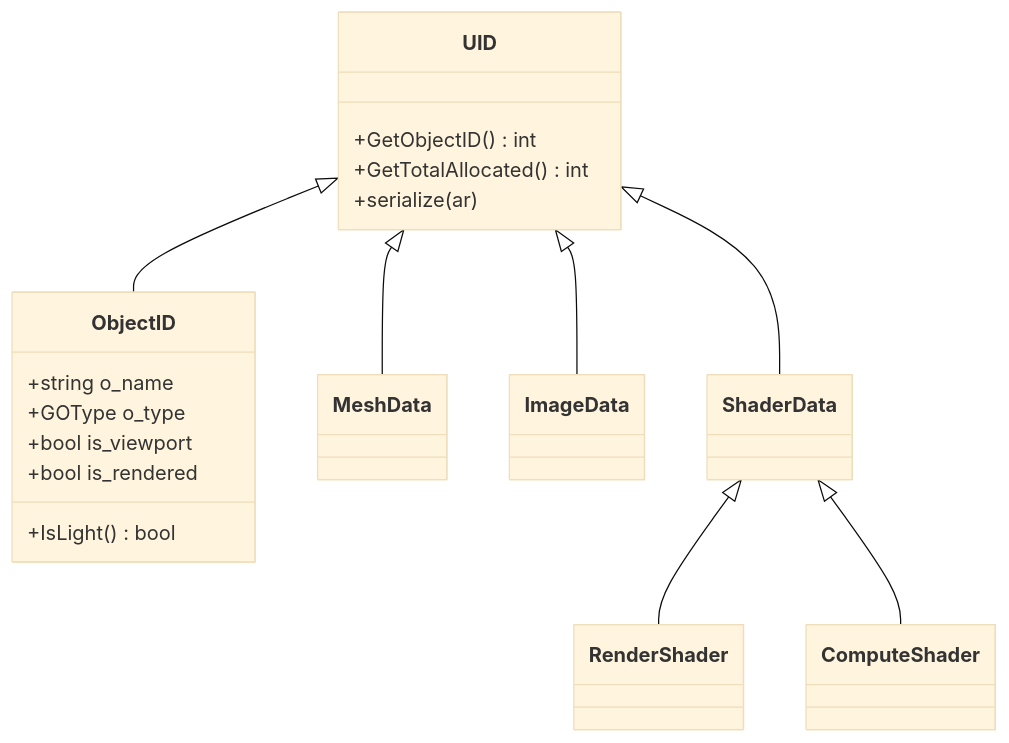
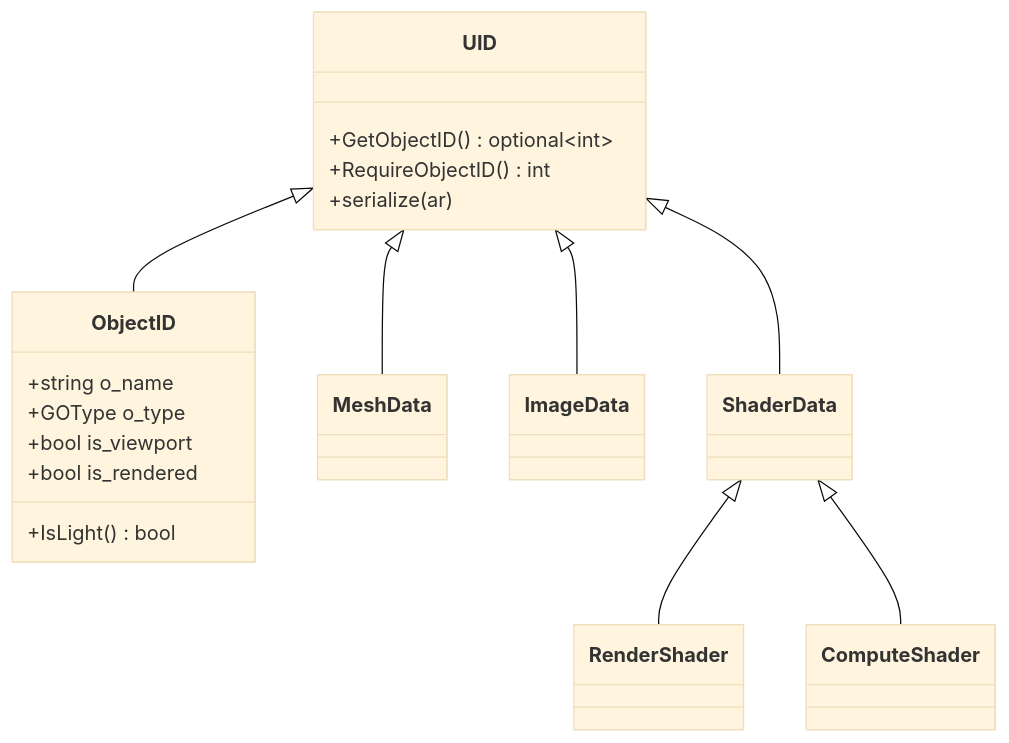
Before and after one commit to XDzZyq/Neurus: the diagram in docs/core/uid-and-resources.md, drawn with Mermaid (base theme). The commit also changed other lines of this file and 146 other files, not shown here.

````diff
--- a/docs/core/uid-and-resources.md
+++ b/docs/core/uid-and-resources.md
@@ -17,27 +16,27 @@
 ```mermaid
 classDiagram
     class UID {
-        +GetObjectID() int
-        +GetTotalAllocated() int
+        +GetObjectID() optional~int~
+        +RequireObjectID() int
         +serialize(ar)
     }
     class ObjectID {
         +string o_name
         +GOType o_type
         +bool is_viewport
         +bool is_rendered
         +IsLight() bool
     }
     class MeshData
     class ImageData
     class ShaderData
     class RenderShader
     class ComputeShader
 
     UID <|-- ObjectID
     UID <|-- MeshData
     UID <|-- ImageData
     UID <|-- ShaderData
     ShaderData <|-- RenderShader
     ShaderData <|-- ComputeShader
 ```
````
